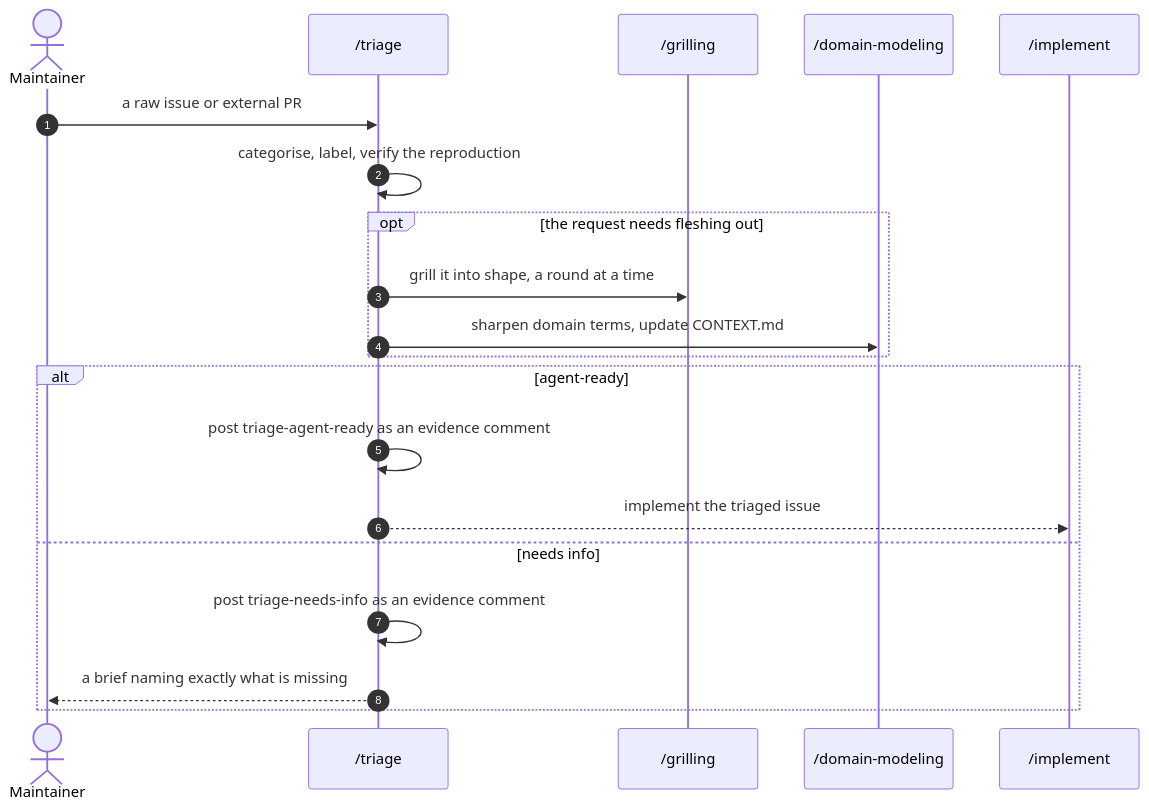
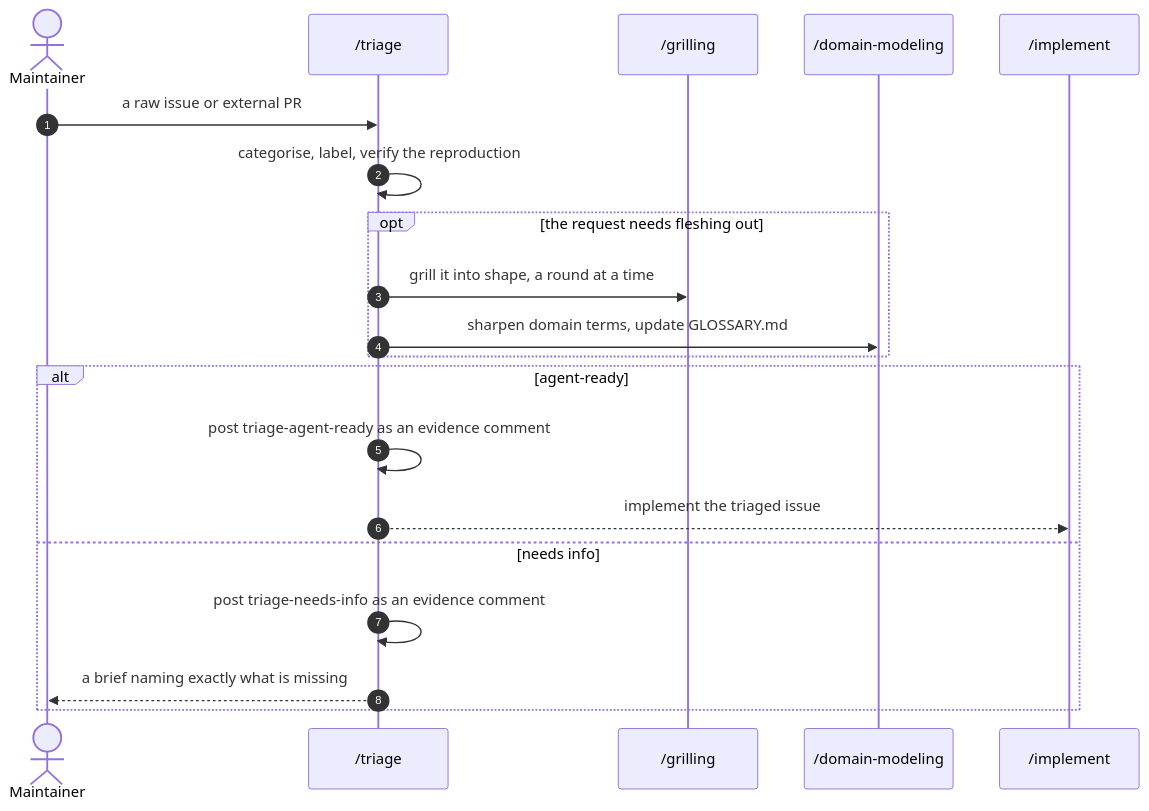
Before and after one commit to bradcstevens/git-loopy-skills: the sixth of 12 diagrams in docs/skill-connections.md, drawn with Mermaid. The commit also changed 9 other files, not shown here.

````diff
--- a/docs/skill-connections.md
+++ b/docs/skill-connections.md
@@ -322,24 +322,24 @@
 ```mermaid
 sequenceDiagram
     autonumber
     actor M as Maintainer
     participant TR as /triage
     participant GR as /grilling
     participant DM as /domain-modeling
     participant IM as /implement
 
     M->>TR: a raw issue or external PR
     TR->>TR: categorise, label, verify the reproduction
     opt the request needs fleshing out
         TR->>GR: grill it into shape, a round at a time
-        TR->>DM: sharpen domain terms, update CONTEXT.md
+        TR->>DM: sharpen domain terms, update GLOSSARY.md
     end
 
     alt agent-ready
         TR->>TR: post triage-agent-ready as an evidence comment
         TR-->>IM: implement the triaged issue
     else needs info
         TR->>TR: post triage-needs-info as an evidence comment
         TR-->>M: a brief naming exactly what is missing
     end
 ```
````
